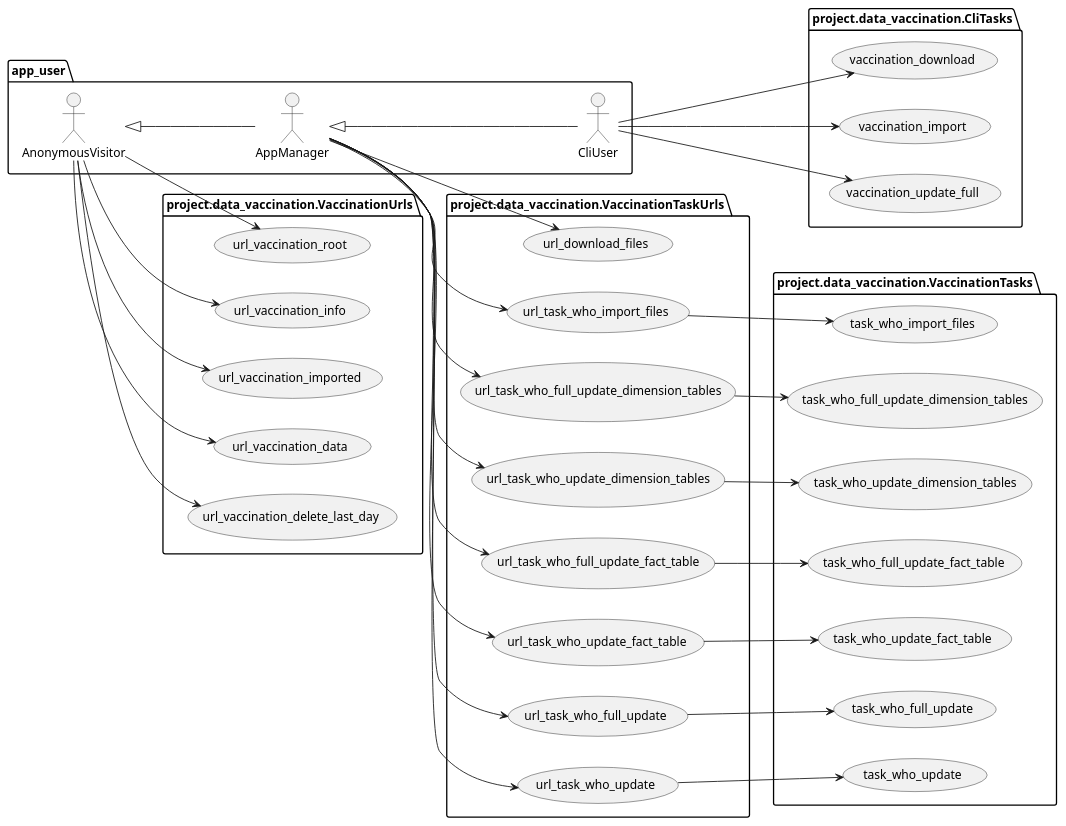
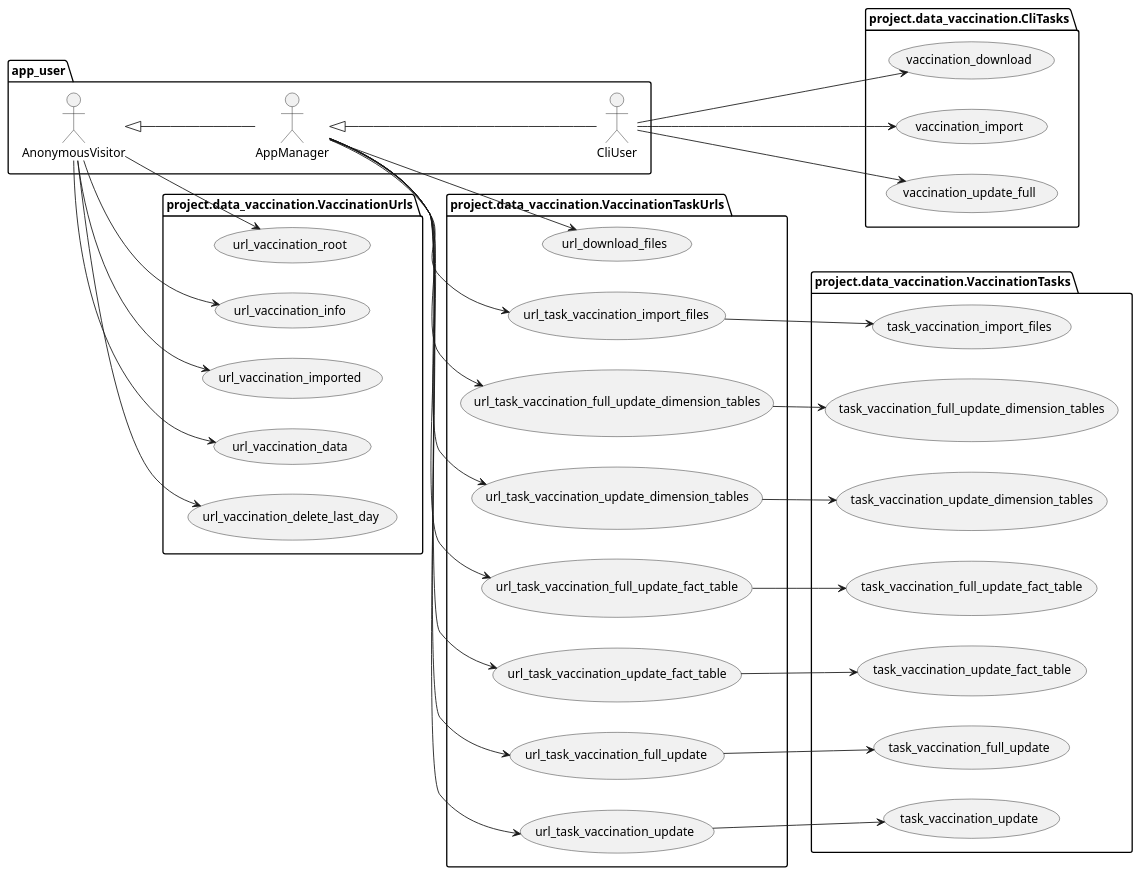
One commit to thomaswoehlke/flask_covid19 changed the diagram in docs/uml/project/data_vaccination/views.puml. Above: the diagram before and after it, drawn with PlantUML. The commit also changed 1 other file, not shown here.

```diff
--- a/docs/uml/project/data_vaccination/views.puml
+++ b/docs/uml/project/data_vaccination/views.puml
@@ -1,82 +1,82 @@
 @startuml
 left to right direction
 
 package app_user {
 	actor AnonymousVisitor as av
 	actor AppManager as am
 	actor CliUser as cu
 
 	av <|-- am
 	am <|-- cu
 }
 
 package project.data_vaccination.VaccinationTaskUrls {
 
 	usecase url_download_files as UC10
-	usecase url_task_who_import_files as UC11
-	usecase url_task_who_full_update_dimension_tables as UC12
-	usecase url_task_who_update_dimension_tables as UC13
-	usecase url_task_who_full_update_fact_table as UC14
-	usecase url_task_who_update_fact_table as UC15
-	usecase url_task_who_full_update as UC16
-	usecase url_task_who_update as UC17
+	usecase url_task_vaccination_import_files as UC11
+	usecase url_task_vaccination_full_update_dimension_tables as UC12
+	usecase url_task_vaccination_update_dimension_tables as UC13
+	usecase url_task_vaccination_full_update_fact_table as UC14
+	usecase url_task_vaccination_update_fact_table as UC15
+	usecase url_task_vaccination_full_update as UC16
+	usecase url_task_vaccination_update as UC17
 
 	am --> UC10
     am --> UC11
     am --> UC12
     am --> UC13
     am --> UC14
     am --> UC15
     am --> UC16
     am --> UC17
 }
 
 package project.data_vaccination.VaccinationTasks {
 
-	usecase task_who_import_files as UC21
-	usecase task_who_full_update_dimension_tables as UC22
-	usecase task_who_update_dimension_tables as UC23
-	usecase task_who_full_update_fact_table as UC24
-	usecase task_who_update_fact_table as UC25
-	usecase task_who_full_update as UC26
-	usecase task_who_update as UC27
+	usecase task_vaccination_import_files as UC21
+	usecase task_vaccination_full_update_dimension_tables as UC22
+	usecase task_vaccination_update_dimension_tables as UC23
+	usecase task_vaccination_full_update_fact_table as UC24
+	usecase task_vaccination_update_fact_table as UC25
+	usecase task_vaccination_full_update as UC26
+	usecase task_vaccination_update as UC27
 
     UC11 --> UC21
     UC12 --> UC22
     UC13 --> UC23
     UC14 --> UC24
     UC15 --> UC25
     UC16 --> UC26
     UC17 --> UC27
 }
 
 package project.data_vaccination.CliTasks {
 
     'usecase vaccination_delete_last_day as UC120
     usecase vaccination_download as UC121
 	usecase vaccination_import as UC122
 	usecase vaccination_update_full as UC123
 	'usecase vaccination_update as UC124
 
     'cu --> UC120
     cu --> UC121
     cu --> UC122
     cu --> UC123
     'cu --> UC124
 }
 
 package project.data_vaccination.VaccinationUrls {
 	usecase url_vaccination_root as UC30
 	usecase url_vaccination_info as UC31
 	usecase url_vaccination_imported as UC40
 	usecase url_vaccination_data as UC41
 	usecase url_vaccination_delete_last_day as UC42
 
     av --> UC30
     av --> UC31
     av --> UC40
     av --> UC41
     av --> UC42
 }
 
 @enduml
```
